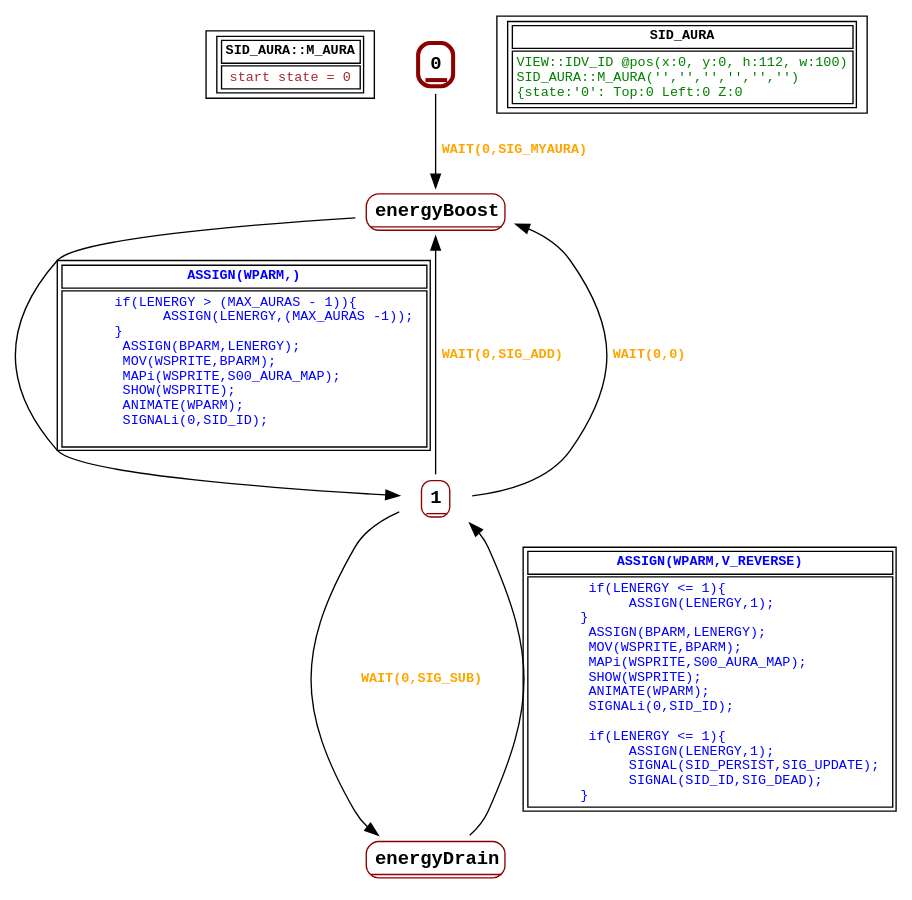
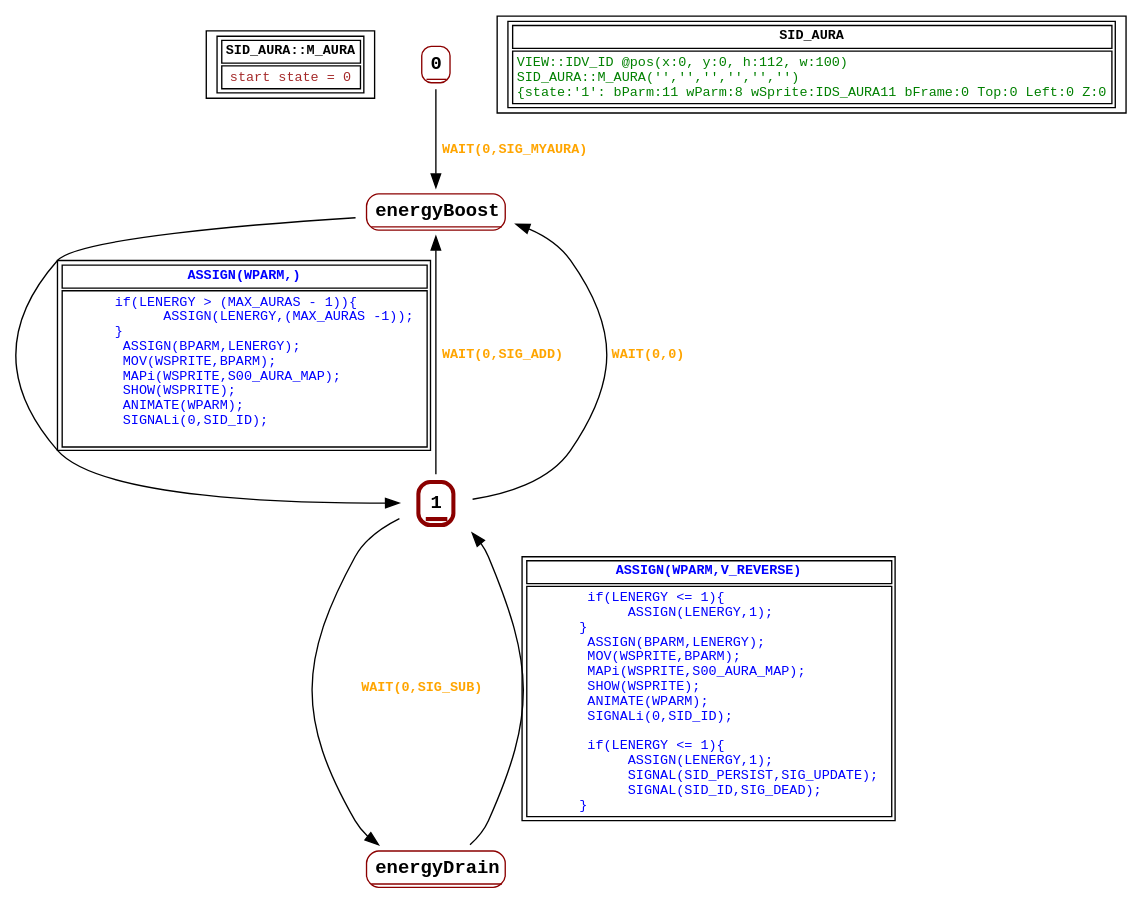
The diagram in graphs/SID_AURA.dot (guy-stewart/AzariaCD), drawn with Graphviz before and after one commit. The commit also changed 18 other files, not shown here.

```diff
--- a/graphs/SID_AURA.dot
+++ b/graphs/SID_AURA.dot
@@ -1,36 +1,36 @@
 digraph Automaton {
  fontname="Courier New"
 	node [shape=oval, fontname="Courier New"];
 	filename[shape = record, fontsize=10, label=< <table border="1"><tr><td><b>SID_AURA::M_AURA<br align="left"/></b></td></tr>
 <tr><td><font point-size="10" color ="brown">start state = 0<br align="left"/></font></td></tr></table>>
 ];
-	0[shape = none, fontsize=14, label=< <table border="3" color="darkred" style="rounded"><tr><td sides="b"><b>0<br align="left"/></b></td></tr>
+	0[shape = none, fontsize=14, label=< <table border="1" color="darkred" style="rounded"><tr><td sides="b"><b>0<br align="left"/></b></td></tr>
 </table>>];
 "0" -> "energyBoost" [fontcolor=orange,fontsize=10,fontname="Courier New", label=< <table border="0"><tr><td><b>WAIT(0,SIG_MYAURA)<br align="left"/></b></td></tr>
 </table>>
 ];
-	1[shape = none, fontsize=14, label=< <table border="1" color="darkred" style="rounded"><tr><td sides="b"><b>1<br align="left"/></b></td></tr>
+	1[shape = none, fontsize=14, label=< <table border="3" color="darkred" style="rounded"><tr><td sides="b"><b>1<br align="left"/></b></td></tr>
 </table>>];
 "1" -> "energyBoost" [fontcolor=orange,fontsize=10,fontname="Courier New", label=< <table border="0"><tr><td><b>WAIT(0,SIG_ADD)<br align="left"/></b></td></tr>
 </table>>
 ];
 "1" -> "energyDrain" [fontcolor=orange,fontsize=10,fontname="Courier New", label=< <table border="0"><tr><td><b>WAIT(0,SIG_SUB)<br align="left"/></b></td></tr>
 </table>>
 ];
 "1" -> "energyBoost" [fontcolor=orange,fontsize=10,fontname="Courier New", label=< <table border="0"><tr><td><b>WAIT(0,0)<br align="left"/></b></td></tr>
 </table>>
 ];
 	energyBoost[shape = none, fontsize=14, label=< <table border="1" color="darkred" style="rounded"><tr><td sides="b"><b>energyBoost<br align="left"/></b></td></tr>
 </table>>];
 "energyBoost" -> "1" [fontcolor=blue,fontsize=10,fontname="Courier New", label=< <table border="1"><tr><td><b>ASSIGN(WPARM,)<br align="left"/></b></td></tr>
 <tr><td><font point-size="10" color ="blue">       if(LENERGY &gt; (MAX_AURAS - 1))&#123;<br align="left"/>             ASSIGN(LENERGY,(MAX_AURAS -1));<br align="left"/>       &#125;<br align="left"/>        ASSIGN(BPARM,LENERGY);<br align="left"/>        MOV(WSPRITE,BPARM);<br align="left"/>        MAPi(WSPRITE,S00_AURA_MAP);<br align="left"/>        SHOW(WSPRITE);<br align="left"/>        ANIMATE(WPARM);<br align="left"/>        SIGNALi(0,SID_ID);<br align="left"/>       <br align="left"/></font></td></tr></table>>
 ];
 	energyDrain[shape = none, fontsize=14, label=< <table border="1" color="darkred" style="rounded"><tr><td sides="b"><b>energyDrain<br align="left"/></b></td></tr>
 </table>>];
 "energyDrain" -> "1" [fontcolor=blue,fontsize=10,fontname="Courier New", label=< <table border="1"><tr><td><b>ASSIGN(WPARM,V_REVERSE)<br align="left"/></b></td></tr>
 <tr><td><font point-size="10" color ="blue">        if(LENERGY &lt;= 1)&#123;<br align="left"/>             ASSIGN(LENERGY,1);<br align="left"/>       &#125;      <br align="left"/>        ASSIGN(BPARM,LENERGY);<br align="left"/>        MOV(WSPRITE,BPARM);<br align="left"/>        MAPi(WSPRITE,S00_AURA_MAP);<br align="left"/>        SHOW(WSPRITE);<br align="left"/>        ANIMATE(WPARM);<br align="left"/>        SIGNALi(0,SID_ID);<br align="left"/>        <br align="left"/>        if(LENERGY &lt;= 1)&#123;<br align="left"/>             ASSIGN(LENERGY,1);<br align="left"/>             SIGNAL(SID_PERSIST,SIG_UPDATE);<br align="left"/>             SIGNAL(SID_ID,SIG_DEAD);<br align="left"/>       &#125;   <br align="left"/></font></td></tr></table>>
 ];
 	status[shape = record, fontsize=10, label=< <table border="1"><tr><td><b>SID_AURA<br align="left"/></b></td></tr>
-<tr><td><font point-size="10" color ="green">VIEW::IDV_ID @pos(x:0, y:0, h:112, w:100)<br align="left"/>SID_AURA::M_AURA(&apos;&apos;,&apos;&apos;,&apos;&apos;,&apos;&apos;,&apos;&apos;,&apos;&apos;)<br align="left"/>			&#123;state:&apos;0&apos;: Top:0 Left:0 Z:0<br align="left"/></font></td></tr></table>>
+<tr><td><font point-size="10" color ="green">VIEW::IDV_ID @pos(x:0, y:0, h:112, w:100)<br align="left"/>SID_AURA::M_AURA(&apos;&apos;,&apos;&apos;,&apos;&apos;,&apos;&apos;,&apos;&apos;,&apos;&apos;)<br align="left"/>			&#123;state:&apos;1&apos;: bParm:11 wParm:8 wSprite:IDS_AURA11 bFrame:0 Top:0 Left:0 Z:0<br align="left"/></font></td></tr></table>>
 ];
 }
```
